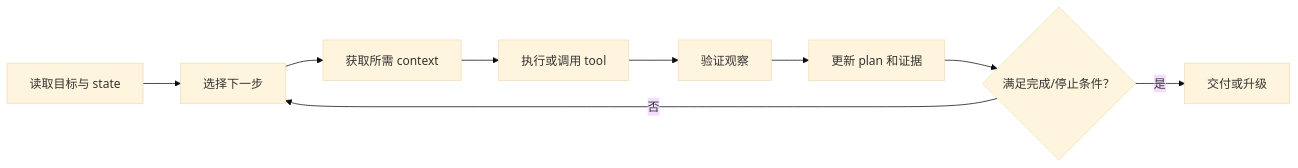
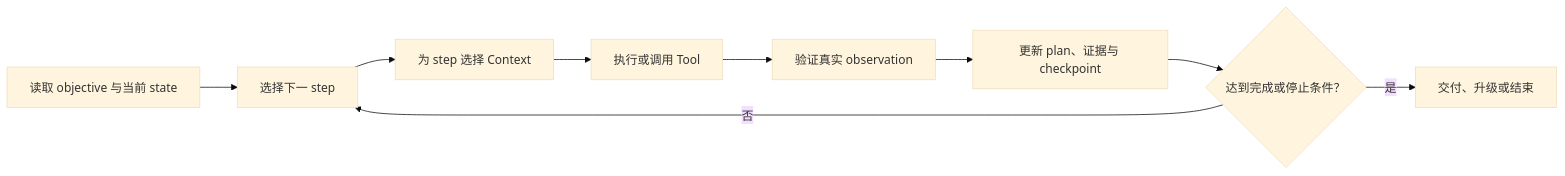
The diagram in context-engineering/14-planning-context.md (nowhere-man/agents-from-scratch), drawn with Mermaid (base theme) before and after one commit. The commit also changed other lines of this file and 12 other files, not shown here.

````diff
--- a/context-engineering/14-planning-context.md
+++ b/context-engineering/14-planning-context.md
@@ -78,11 +110,11 @@
 ```mermaid
 flowchart LR
-    A["读取目标与 state"] --> B["选择下一步"]
-    B --> C["获取所需 context"]
-    C --> D["执行或调用 tool"]
-    D --> E["验证观察"]
-    E --> F["更新 plan 和证据"]
-    F --> G{"满足完成/停止条件？"}
+    A["读取 objective 与当前 state"] --> B["选择下一 step"]
+    B --> C["为 step 选择 Context"]
+    C --> D["执行或调用 Tool"]
+    D --> E["验证真实 observation"]
+    E --> F["更新 plan、证据与 checkpoint"]
+    F --> G{"达到完成或停止条件？"}
     G -->|否| B
-    G -->|是| H["交付或升级"]
+    G -->|是| H["交付、升级或结束"]
 ```
````
